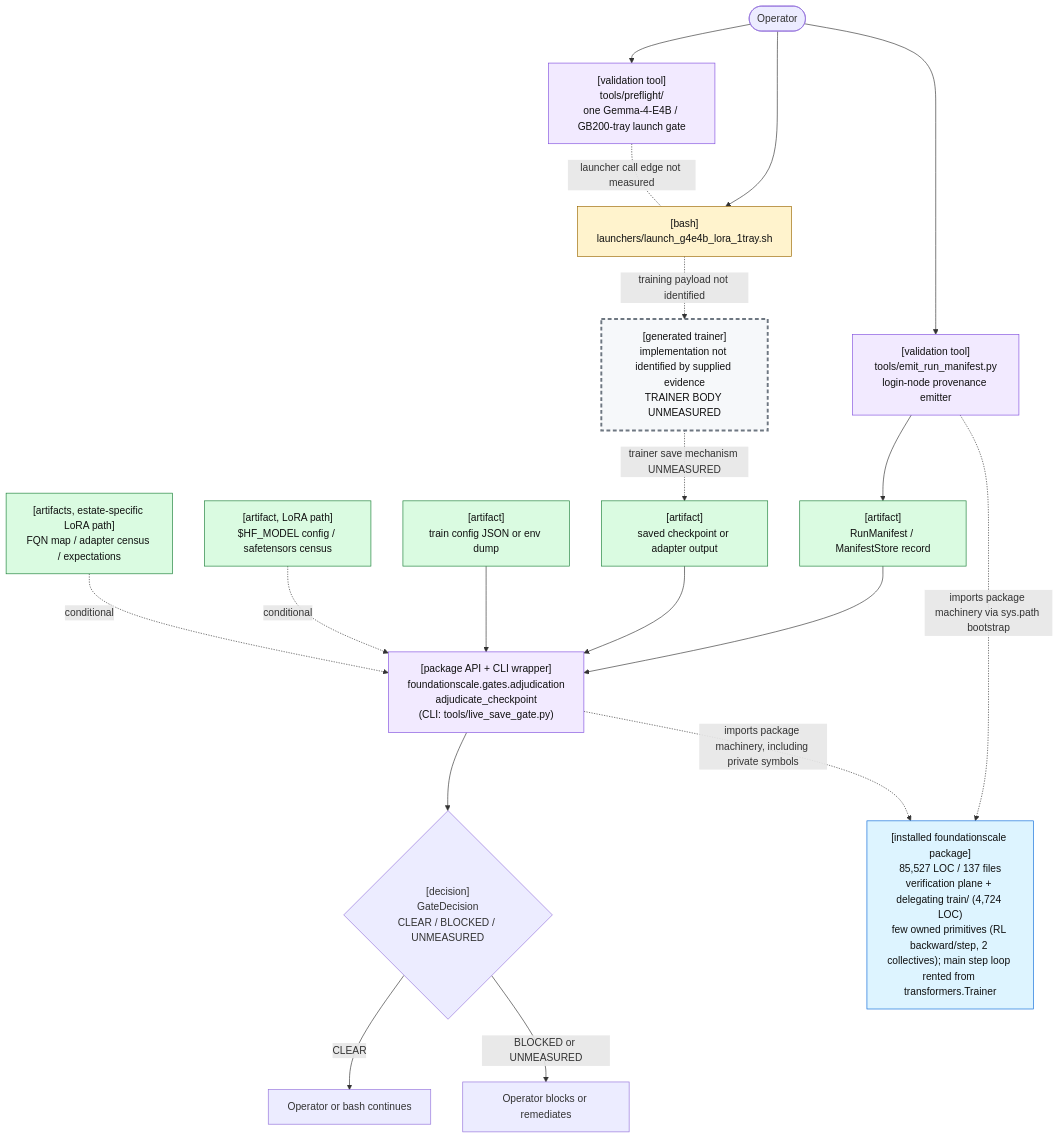
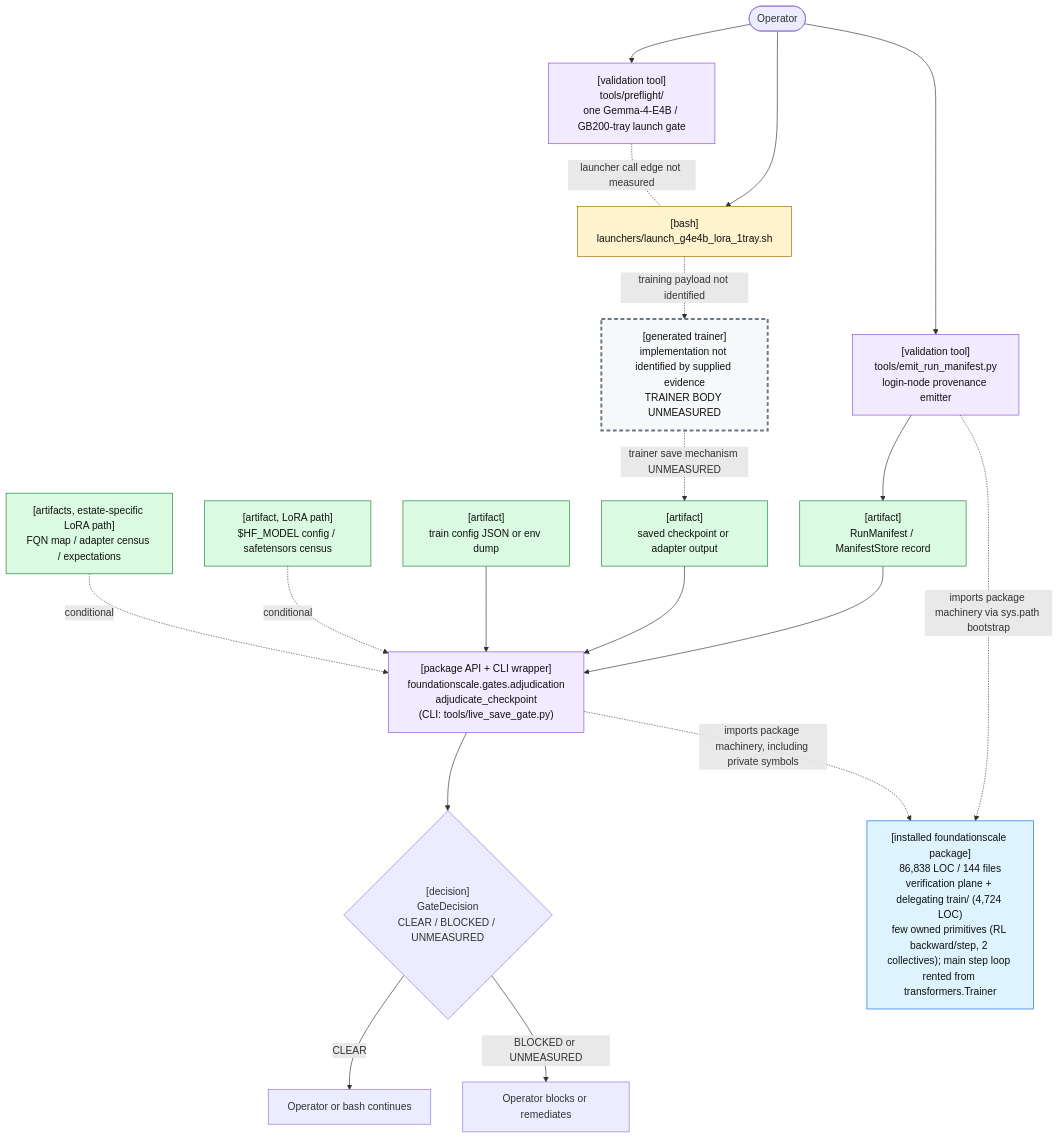
One commit to TranNhiem/FoundationScale changed the first of 2 diagrams in docs/review/D2_current_architecture.md. Above: the diagram before and after it, drawn with Mermaid. The commit also changed other lines of this file and 10 other files, not shown here.

````diff
--- a/docs/review/D2_current_architecture.md
+++ b/docs/review/D2_current_architecture.md
@@ -25,59 +25,59 @@
 ```mermaid
 flowchart TB
   O(["Operator"])
 
   PF["[validation tool]<br/>tools/preflight/<br/>one Gemma-4-E4B / GB200-tray launch gate"]
   L["[bash]<br/>launchers/launch_g4e4b_lora_1tray.sh"]
 
   E["[validation tool]<br/>tools/emit_run_manifest.py<br/>login-node provenance emitter"]
   M["[artifact]<br/>RunManifest / ManifestStore record"]
 
   T["[generated trainer]<br/>implementation not identified by supplied evidence<br/>TRAINER BODY UNMEASURED"]
   C["[artifact]<br/>saved checkpoint or adapter output"]
 
   G["[package API + CLI wrapper]<br/>foundationscale.gates.adjudication<br/>adjudicate_checkpoint<br/>(CLI: tools/live_save_gate.py)"]
   CFG["[artifact]<br/>train config JSON or env dump"]
   BASE["[artifact, LoRA path]<br/>$HF_MODEL config / safetensors census"]
   CEN["[artifacts, estate-specific LoRA path]<br/>FQN map / adapter census / expectations"]
 
   D{"[decision]<br/>GateDecision<br/>CLEAR / BLOCKED / UNMEASURED"}
   OK["Operator or bash continues"]
   NO["Operator blocks or remediates"]
 
-  PKG["[installed foundationscale package]<br/>85,527 LOC / 137 files<br/>verification plane + delegating train/ (4,724 LOC)<br/>few owned primitives (RL backward/step, 2 collectives); main step loop rented from transformers.Trainer"]
+  PKG["[installed foundationscale package]<br/>86,838 LOC / 144 files<br/>verification plane + delegating train/ (4,724 LOC)<br/>few owned primitives (RL backward/step, 2 collectives); main step loop rented from transformers.Trainer"]
 
   O --> PF
   O --> L
   PF -. "launcher call edge not measured" .- L
 
   O --> E
   E --> M
 
   L -. "training payload not identified" .-> T
   T -. "trainer save mechanism UNMEASURED" .-> C
 
   M --> G
   C --> G
   CFG --> G
   BASE -. "conditional" .-> G
   CEN -. "conditional" .-> G
 
   E -. "imports package machinery via sys.path bootstrap" .-> PKG
   G -. "imports package machinery, including private symbols" .-> PKG
 
   G --> D
   D -->|"CLEAR"| OK
   D -->|"BLOCKED or UNMEASURED"| NO
 
   classDef bash fill:#fff3cd,stroke:#9a6700,color:#111;
   classDef tool fill:#f2eaff,stroke:#8250df,color:#111;
   classDef artifact fill:#dafbe1,stroke:#1a7f37,color:#111;
   classDef gap fill:#f6f8fa,stroke:#6e7781,stroke-width:3px,stroke-dasharray: 6 4,color:#111;
   classDef pkg fill:#ddf4ff,stroke:#0969da,color:#111;
 
   class L bash;
   class PF,E,G tool;
   class M,C,CFG,BASE,CEN artifact;
   class T gap;
   class PKG pkg;
 ```
````
